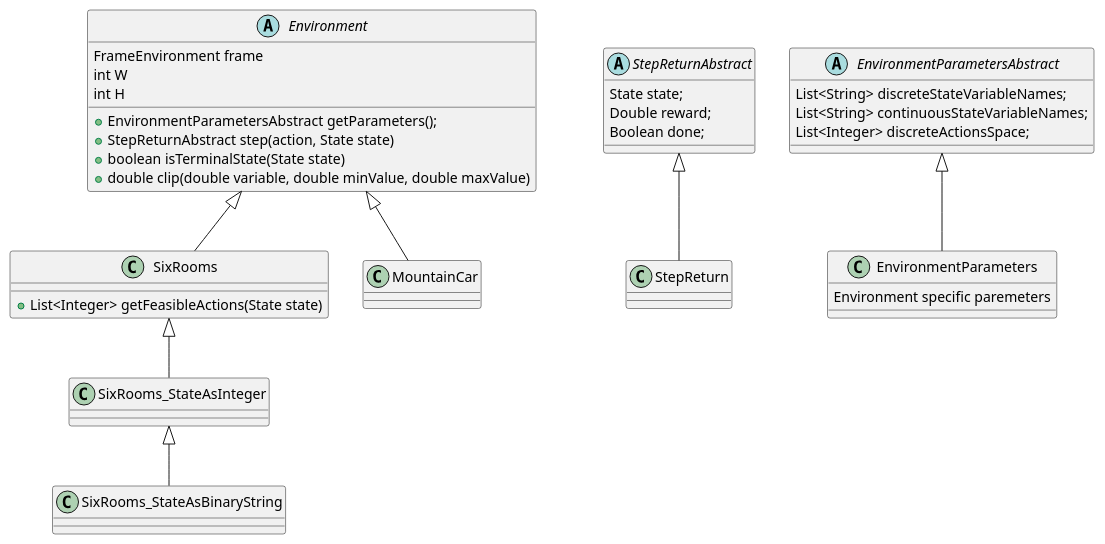
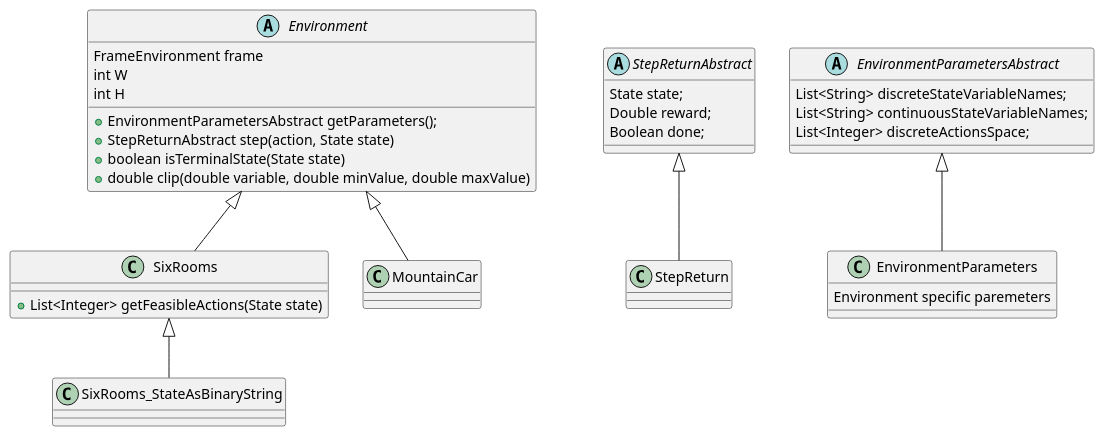
The diagram in src/main/java/java_ai_gym/plantuml/classes_environment.puml (JonasHellgren/MachineLearning), drawn with PlantUML before and after one commit. The commit also changed 7 other files, not shown here.

```diff
--- a/src/main/java/java_ai_gym/plantuml/classes_environment.puml
+++ b/src/main/java/java_ai_gym/plantuml/classes_environment.puml
@@ -1,63 +1,60 @@
 @startuml
 'https://plantuml.com/class-diagram
 
 
 abstract class Environment {
 FrameEnvironment frame
 int W
 int H
 + EnvironmentParametersAbstract getParameters();
 + StepReturnAbstract step(action, State state)
 + boolean isTerminalState(State state)
 + double clip(double variable, double minValue, double maxValue)
 }
 
 abstract class StepReturnAbstract  {
 State state;
 Double reward;
 Boolean done;
  }
 
  abstract class EnvironmentParametersAbstract  {
  List<String> discreteStateVariableNames;
  List<String> continuousStateVariableNames;
  List<Integer> discreteActionsSpace;
   }
 
 
 class StepReturn {
 }
 
 class EnvironmentParameters {
 Environment specific paremeters
 }
 
 class SixRooms {
 + List<Integer> getFeasibleActions(State state)
 }
 
-class SixRooms_StateAsInteger {
-}
 
 class SixRooms_StateAsBinaryString {
 }
 
 class MountainCar {
 }
 
 
 Environment  <|-- SixRooms
 Environment  <|-- MountainCar
 
-SixRooms  <|-- SixRooms_StateAsInteger
-SixRooms_StateAsInteger  <|-- SixRooms_StateAsBinaryString
+SixRooms  <|-- SixRooms_StateAsBinaryString
 
 
 StepReturnAbstract  <|-- StepReturn
 EnvironmentParametersAbstract  <|-- EnvironmentParameters
 
 
 
 
 
 @enduml
```
